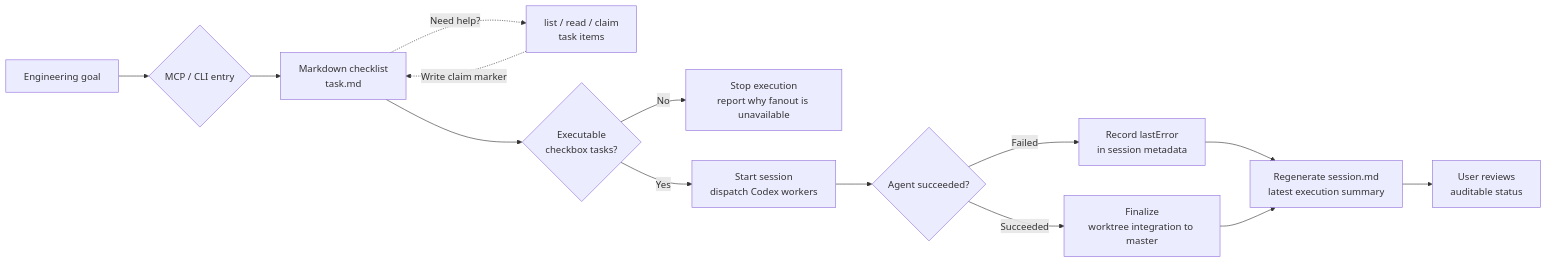
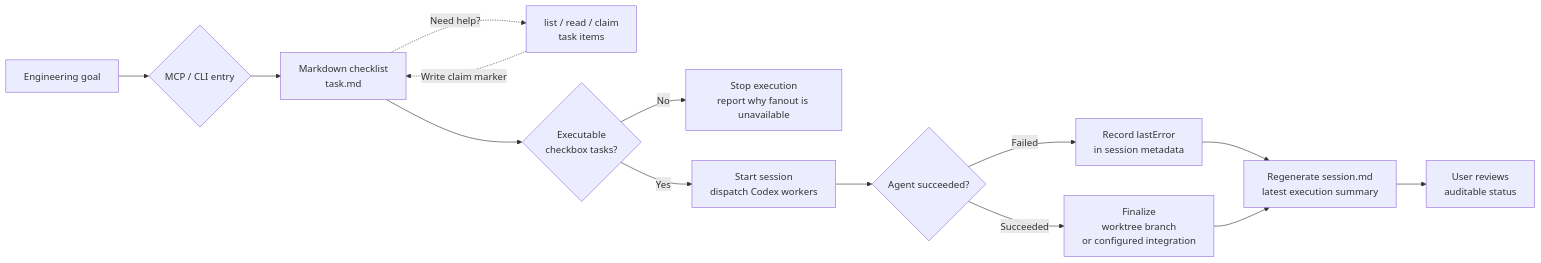
Before and after one commit to Yanzzp999/agent-desk: the diagram in README.md, drawn with Mermaid. The commit also changed 9 other files, not shown here.

Commit message:
fix: make worktree completion branch-aware

````diff
--- a/README.md
+++ b/README.md
@@ -7,18 +7,18 @@
 ```mermaid
 flowchart LR
     goal["Engineering goal"] --> entry{"MCP / CLI entry"}
     entry --> task["Markdown checklist<br/>task.md"]
 
     task -. "Need help?" .-> tools["list / read / claim<br/>task items"]
     tools -. "Write claim marker" .-> task
 
     task --> executable{"Executable<br/>checkbox tasks?"}
     executable -- "No" --> stop["Stop execution<br/>report why fanout is unavailable"]
     executable -- "Yes" --> session["Start session<br/>dispatch Codex workers"]
     session --> done{"Agent succeeded?"}
     done -- "Failed" --> error["Record lastError<br/>in session metadata"]
-    done -- "Succeeded" --> finalize["Finalize<br/>worktree integration to master"]
+    done -- "Succeeded" --> finalize["Finalize<br/>worktree branch<br/>or configured integration"]
     error --> summary["Regenerate session.md<br/>latest execution summary"]
     finalize --> summary
     summary --> user["User reviews<br/>auditable status"]
 ```
````
